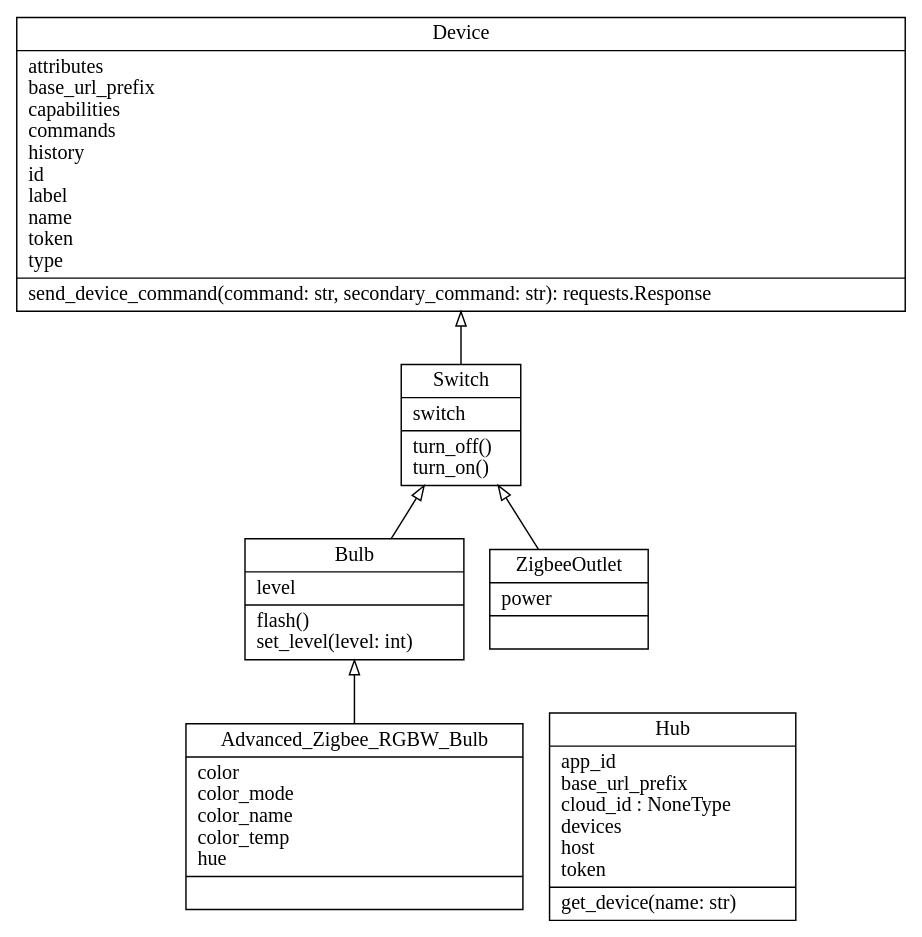
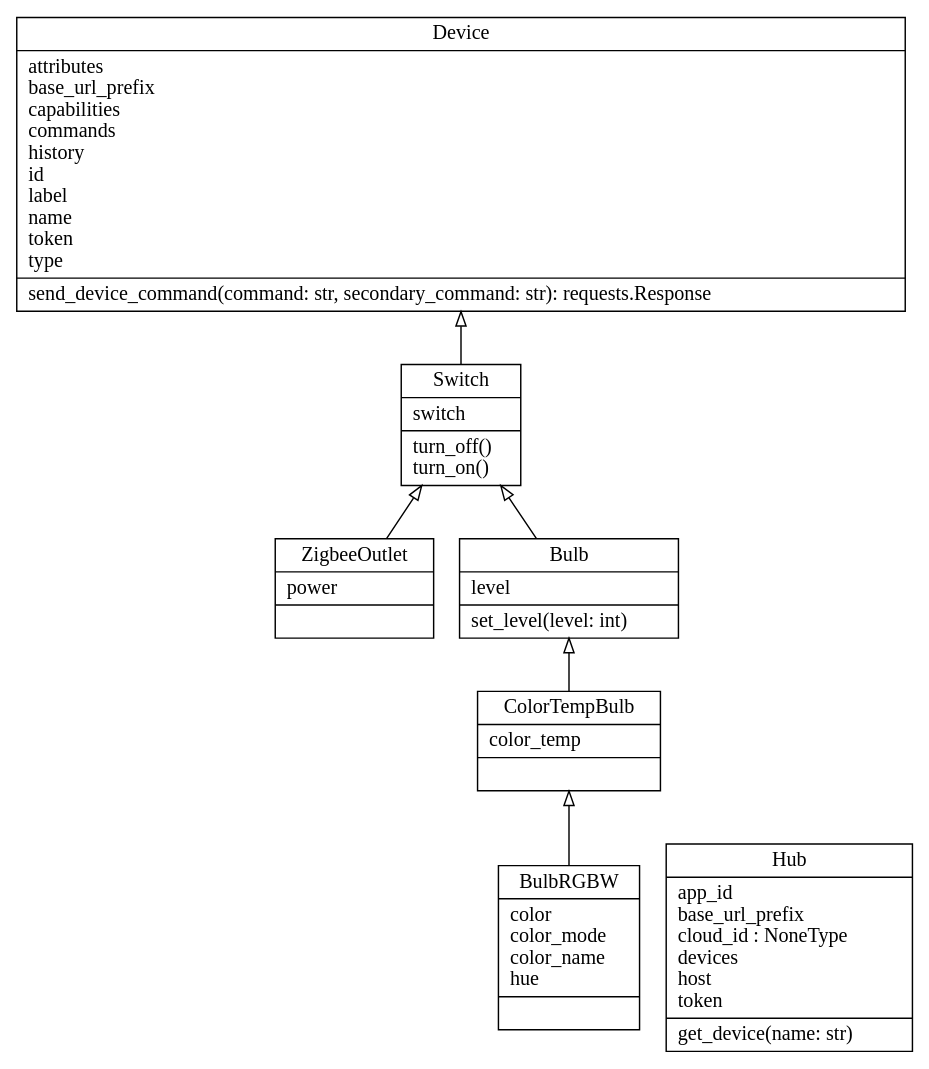
One commit to Jelloeater/hubitatcontrol changed the diagram in docs/classes.dot. Above: the diagram before and after it, drawn with Graphviz. The commit also changed 6 other files, not shown here.

```diff
--- a/docs/classes.dot
+++ b/docs/classes.dot
@@ -1,14 +1,16 @@
 digraph "classes" {
 rankdir=BT
 charset="utf-8"
-"hubitatcontrol.lights.Advanced_Zigbee_RGBW_Bulb" [color="black", fontcolor="black", label="{Advanced_Zigbee_RGBW_Bulb|color\lcolor_mode\lcolor_name\lcolor_temp\lhue\l|}", shape="record", style="solid"];
-"hubitatcontrol.lights.Bulb" [color="black", fontcolor="black", label="{Bulb|level\l|flash()\lset_level(level: int)\l}", shape="record", style="solid"];
+"hubitatcontrol.lights.Bulb" [color="black", fontcolor="black", label="{Bulb|level\l|set_level(level: int)\l}", shape="record", style="solid"];
+"hubitatcontrol.lights.BulbRGBW" [color="black", fontcolor="black", label="{BulbRGBW|color\lcolor_mode\lcolor_name\lhue\l|}", shape="record", style="solid"];
+"hubitatcontrol.lights.ColorTempBulb" [color="black", fontcolor="black", label="{ColorTempBulb|color_temp\l|}", shape="record", style="solid"];
 "hubitatcontrol.hub.Device" [color="black", fontcolor="black", label="{Device|attributes\lbase_url_prefix\lcapabilities\lcommands\lhistory\lid\llabel\lname\ltoken\ltype\l|send_device_command(command: str, secondary_command: str): requests.Response\l}", shape="record", style="solid"];
 "hubitatcontrol.hub.Hub" [color="black", fontcolor="black", label="{Hub|app_id\lbase_url_prefix\lcloud_id : NoneType\ldevices\lhost\ltoken\l|get_device(name: str)\l}", shape="record", style="solid"];
 "hubitatcontrol.generic.Switch" [color="black", fontcolor="black", label="{Switch|switch\l|turn_off()\lturn_on()\l}", shape="record", style="solid"];
 "hubitatcontrol.generic.ZigbeeOutlet" [color="black", fontcolor="black", label="{ZigbeeOutlet|power\l|}", shape="record", style="solid"];
 "hubitatcontrol.generic.Switch" -> "hubitatcontrol.hub.Device" [arrowhead="empty", arrowtail="none"];
 "hubitatcontrol.generic.ZigbeeOutlet" -> "hubitatcontrol.generic.Switch" [arrowhead="empty", arrowtail="none"];
-"hubitatcontrol.lights.Advanced_Zigbee_RGBW_Bulb" -> "hubitatcontrol.lights.Bulb" [arrowhead="empty", arrowtail="none"];
 "hubitatcontrol.lights.Bulb" -> "hubitatcontrol.generic.Switch" [arrowhead="empty", arrowtail="none"];
+"hubitatcontrol.lights.BulbRGBW" -> "hubitatcontrol.lights.ColorTempBulb" [arrowhead="empty", arrowtail="none"];
+"hubitatcontrol.lights.ColorTempBulb" -> "hubitatcontrol.lights.Bulb" [arrowhead="empty", arrowtail="none"];
 }
```
